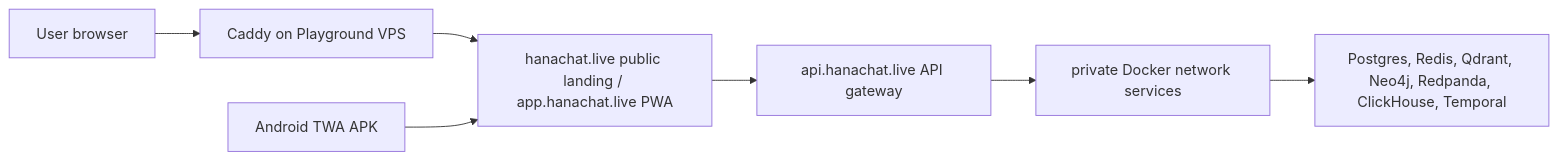
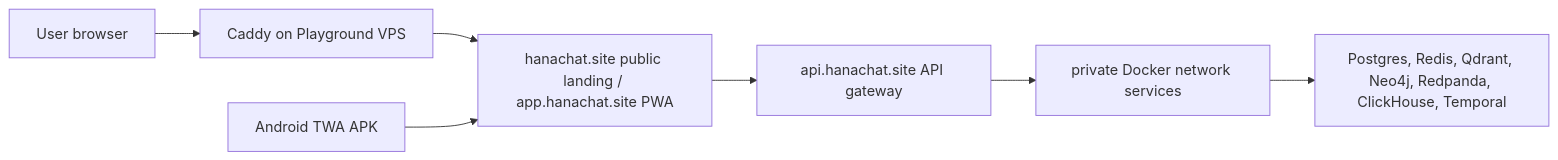
One commit to Afnanksalal/hana-chat changed the diagram in docs/domain-integration.md. Above: the diagram before and after it, drawn with Mermaid. The commit also changed other lines of this file and 55 other files, not shown here.

First line of the commit message:
Make hanachat.site canonical; add admin analytics

````diff
--- a/docs/domain-integration.md
+++ b/docs/domain-integration.md
@@ -5,9 +5,9 @@
 ```mermaid
 flowchart LR
   User["User browser"] --> Edge["Caddy on Playground VPS"]
-  Edge --> Site["hanachat.live public landing / app.hanachat.live PWA"]
+  Edge --> Site["hanachat.site public landing / app.hanachat.site PWA"]
   Android["Android TWA APK"] --> Site
-  Site --> Api["api.hanachat.live API gateway"]
+  Site --> Api["api.hanachat.site API gateway"]
   Api --> Services["private Docker network services"]
   Services --> Data["Postgres, Redis, Qdrant, Neo4j, Redpanda, ClickHouse, Temporal"]
 ```
````
